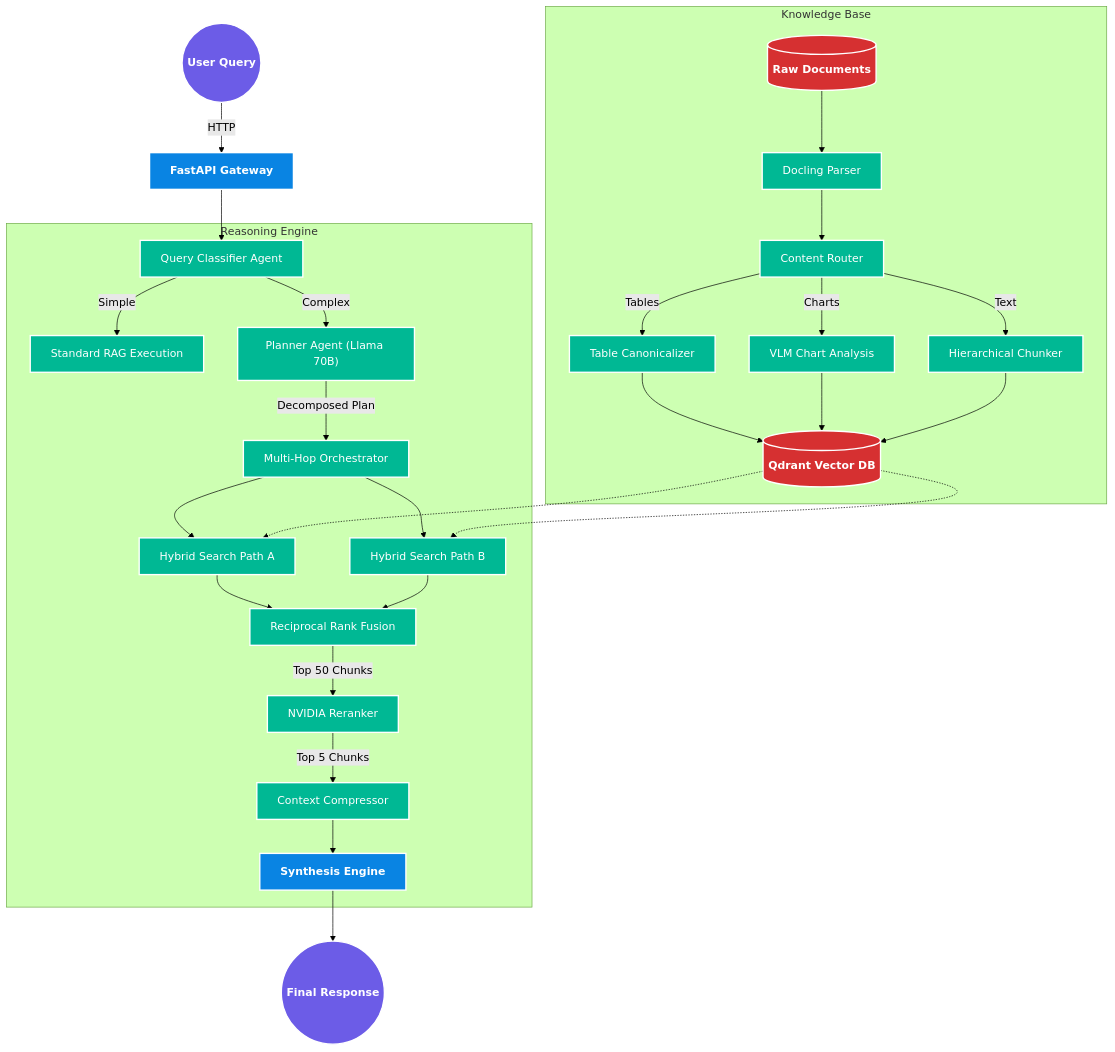
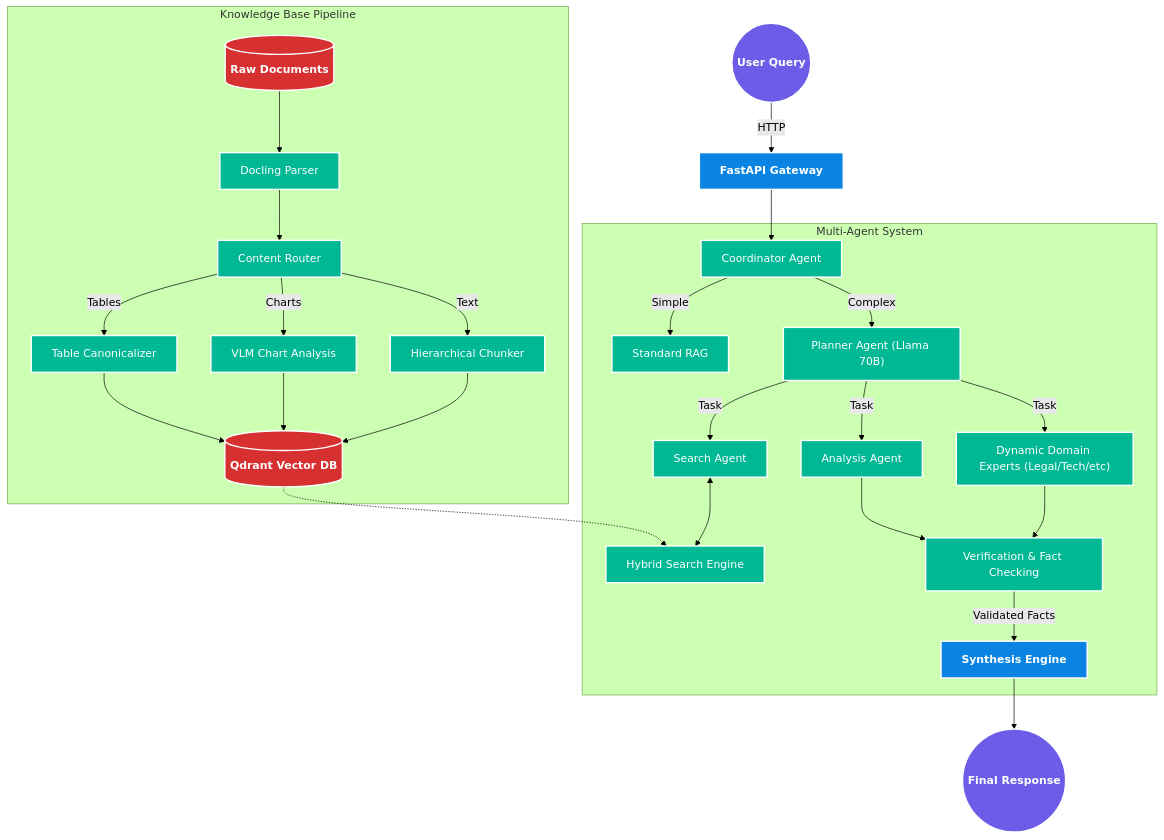
Before and after one commit to mrigankad/Dexter-retrival-engine: the diagram in README.md, drawn with Mermaid (forest theme). The commit also changed other lines of this file, not shown here.

````diff
--- a/README.md
+++ b/README.md
@@ -40,43 +44,40 @@
 ```mermaid
 graph TD
     %% Define Styles
     classDef user fill:#6c5ce7,stroke:#fff,stroke-width:2px,color:#fff,font-weight:bold;
     classDef core fill:#0984e3,stroke:#fff,stroke-width:2px,color:#fff,font-weight:bold;
     classDef component fill:#00b894,stroke:#fff,stroke-width:2px,color:#fff;
     classDef storage fill:#d63031,stroke:#fff,stroke-width:2px,color:#fff,font-weight:bold;
 
     UserQuery(("User Query")):::user -->|HTTP| API_Gateway["FastAPI Gateway"]:::core
-    API_Gateway --> QueryClassifier["Query Classifier Agent"]:::component
+    API_Gateway --> CoordinatorAgent["Coordinator Agent"]:::component
     
-    subgraph "Reasoning Engine"
-        QueryClassifier -- Simple --> StandardRAG["Standard RAG Execution"]:::component
-        QueryClassifier -- Complex --> PlannerAgent["Planner Agent (Llama 70B)"]:::component
-        PlannerAgent -->|Decomposed Plan| Orchestrator["Multi-Hop Orchestrator"]:::component
+    subgraph "Multi-Agent System"
+        CoordinatorAgent -- Simple --> StandardRAG["Standard RAG"]:::component
+        CoordinatorAgent -- Complex --> PlannerAgent["Planner Agent (Llama 70B)"]:::component
         
-        Orchestrator --> HybridRetrieval1["Hybrid Search Path A"]:::component
-        Orchestrator --> HybridRetrieval2["Hybrid Search Path B"]:::component
+        PlannerAgent -->|Task| SearchAgent["Search Agent"]:::component
+        PlannerAgent -->|Task| AnalysisAgent["Analysis Agent"]:::component
+        PlannerAgent -->|Task| DynamicExpert["Dynamic Domain Experts (Legal/Tech/etc)"]:::component
         
-        HybridRetrieval1 --> RRF_Fusion["Reciprocal Rank Fusion"]:::component
-        HybridRetrieval2 --> RRF_Fusion
+        SearchAgent <--> HybridRetrieval["Hybrid Search Engine"]:::component
+        AnalysisAgent --> VerificationAgent["Verification & Fact Checking"]:::component
+        DynamicExpert --> VerificationAgent
         
-        RRF_Fusion -->|Top 50 Chunks| Reranker["NVIDIA Reranker"]:::component
-        Reranker -->|Top 5 Chunks| ContextCompressor["Context Compressor"]:::component
-        ContextCompressor --> SynthesisEngine["Synthesis Engine"]:::core
+        VerificationAgent -->|Validated Facts| SynthesisAgent["Synthesis Engine"]:::core
     end
     
-    subgraph "Knowledge Base"
+    subgraph "Knowledge Base Pipeline"
         PDF_Upload[("Raw Documents")]:::storage --> DoclingParser["Docling Parser"]:::component
         DoclingParser --> ContentRouter["Content Router"]:::component
         
         ContentRouter -- Tables --> TableCanonicalizer["Table Canonicalizer"]:::component
         ContentRouter -- Charts --> ChartAnalyzer["VLM Chart Analysis"]:::component
         ContentRouter -- Text --> SemanticChunker["Hierarchical Chunker"]:::component
         
         TableCanonicalizer & ChartAnalyzer & SemanticChunker --> Qdrant[("Qdrant Vector DB")]:::storage
     end
     
-    Qdrant -.-> HybridRetrieval1
-    Qdrant -.-> HybridRetrieval2
-    
-    SynthesisEngine --> FinalResponse(("Final Response")):::user
+    Qdrant -.-> HybridRetrieval
+    SynthesisAgent --> FinalResponse(("Final Response")):::user
 ```
````
